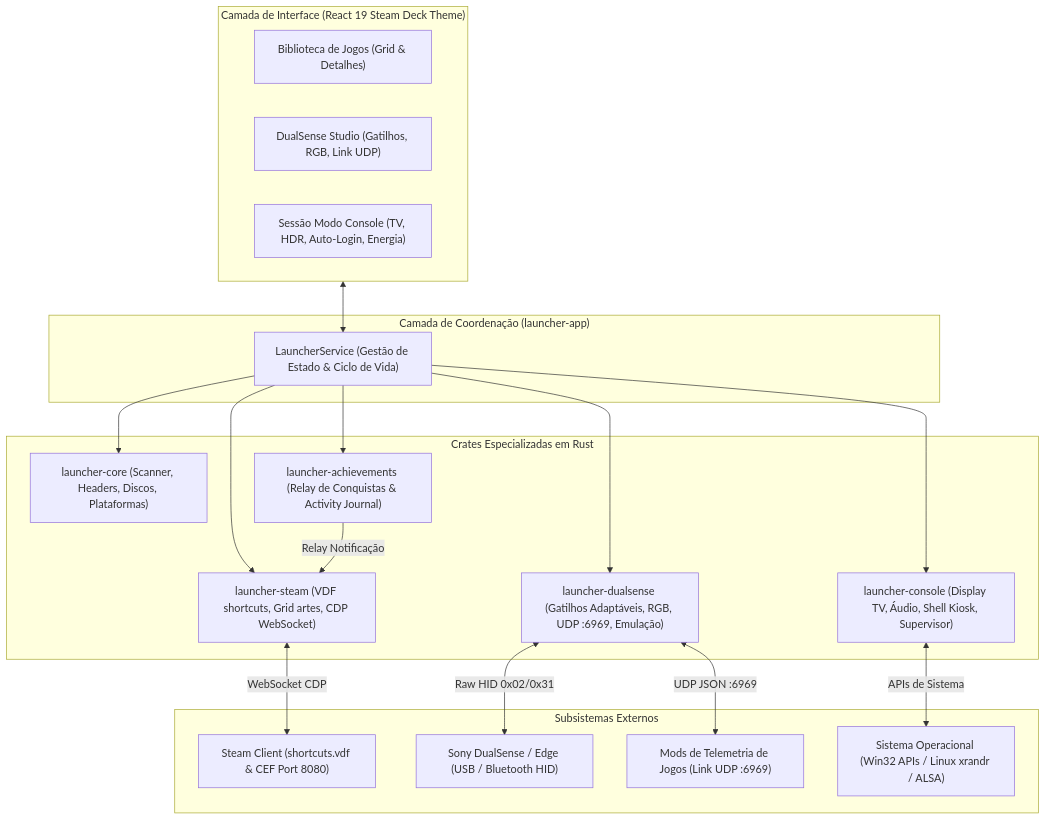
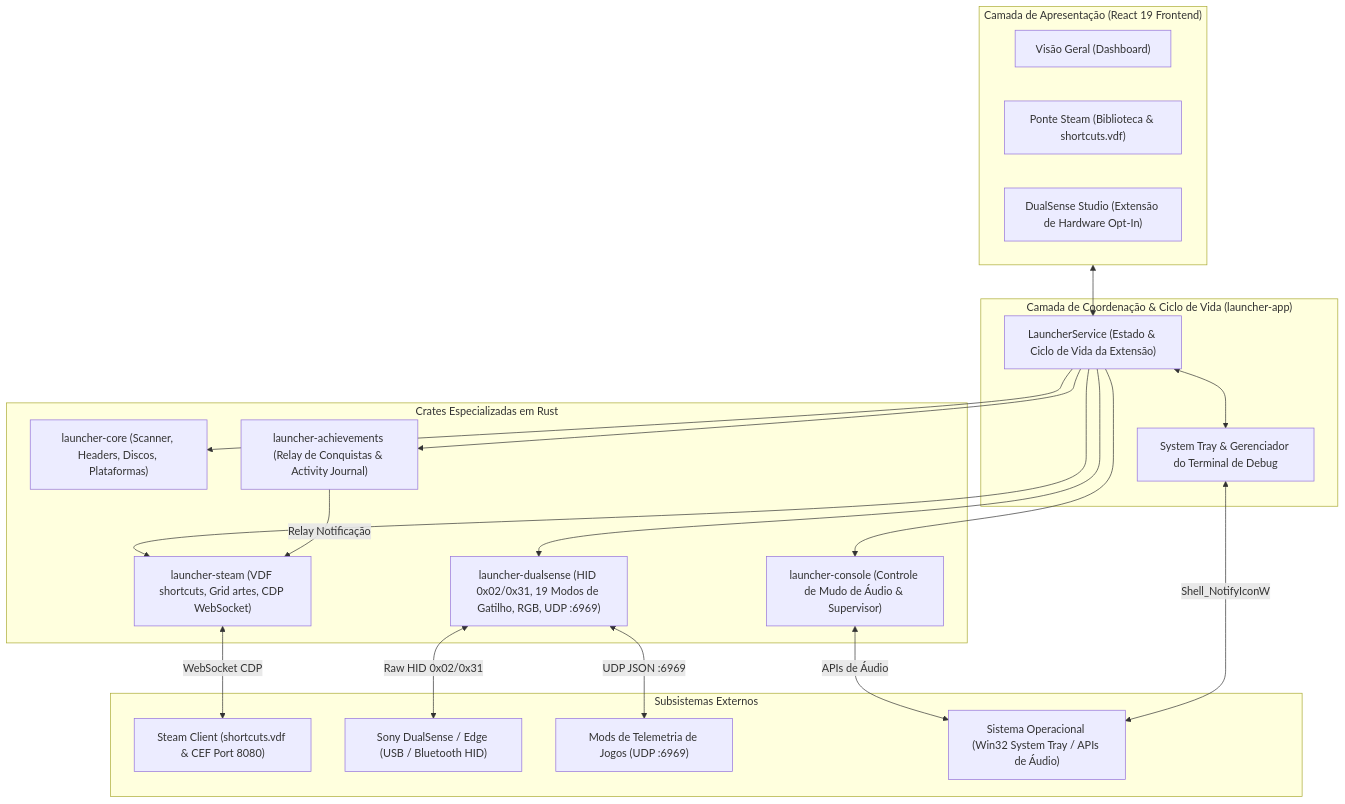
The diagram in docs/ARCHITECTURE.pt-BR.md (marcoswferreira/kame-house-launcher), drawn with Mermaid before and after one commit. The commit also changed other lines of this file and 15 other files, not shown here.

Commit message:
Remove Console Mode documentation and related ADRs; update architecture to reflect frontend changes and improved DualSense functionality.

````diff
--- a/docs/ARCHITECTURE.pt-BR.md
+++ b/docs/ARCHITECTURE.pt-BR.md
@@ -11,40 +15,43 @@
 ```mermaid
 flowchart TD
-    subgraph UI["Camada de Interface (React 19 Steam Deck Theme)"]
-        Grid["Biblioteca de Jogos (Grid & Detalhes)"]
-        DualSenseTab["DualSense Studio (Gatilhos, RGB, Link UDP)"]
-        ConsoleTab["Sessão Modo Console (TV, HDR, Auto-Login, Energia)"]
+    subgraph UI["Camada de Apresentação (React 19 Frontend)"]
+        Overview["Visão Geral (Dashboard)"]
+        SteamBridge["Ponte Steam (Biblioteca & shortcuts.vdf)"]
+        DualSenseTab["DualSense Studio (Extensão de Hardware Opt-In)"]
     end
 
-    subgraph Service["Camada de Coordenação (launcher-app)"]
-        LauncherService["LauncherService (Gestão de Estado & Ciclo de Vida)"]
+    subgraph Service["Camada de Coordenação & Ciclo de Vida (launcher-app)"]
+        LauncherService["LauncherService (Estado & Ciclo de Vida da Extensão)"]
+        TrayManager["System Tray & Gerenciador do Terminal de Debug"]
     end
 
     subgraph CoreCrates["Crates Especializadas em Rust"]
         Core["launcher-core (Scanner, Headers, Discos, Plataformas)"]
         Steam["launcher-steam (VDF shortcuts, Grid artes, CDP WebSocket)"]
         Achiev["launcher-achievements (Relay de Conquistas & Activity Journal)"]
-        DualSense["launcher-dualsense (Gatilhos Adaptáveis, RGB, UDP :6969, Emulação)"]
-        Console["launcher-console (Display TV, Áudio, Shell Kiosk, Supervisor)"]
+        DualSense["launcher-dualsense (HID 0x02/0x31, 19 Modos de Gatilho, RGB, UDP :6969)"]
+        Console["launcher-console (Controle de Mudo de Áudio & Supervisor)"]
     end
 
     subgraph External["Subsistemas Externos"]
         SteamClient["Steam Client (shortcuts.vdf & CEF Port 8080)"]
         DualSenseHardware["Sony DualSense / Edge (USB / Bluetooth HID)"]
-        GameMods["Mods de Telemetria de Jogos (Link UDP :6969)"]
-        OS["Sistema Operacional (Win32 APIs / Linux xrandr / ALSA)"]
+        GameMods["Mods de Telemetria de Jogos (UDP :6969)"]
+        OS["Sistema Operacional (Win32 System Tray / APIs de Áudio)"]
     end
 
     UI <--> LauncherService
+    LauncherService <--> TrayManager
     LauncherService --> Core
     LauncherService --> Steam
     LauncherService --> Achiev
     LauncherService --> DualSense
     LauncherService --> Console
 
     Steam <-->|"WebSocket CDP"| SteamClient
     Achiev -->|"Relay Notificação"| Steam
     DualSense <-->|"Raw HID 0x02/0x31"| DualSenseHardware
     DualSense <-->|"UDP JSON :6969"| GameMods
-    Console <-->|"APIs de Sistema"| OS
+    Console <-->|"APIs de Áudio"| OS
+    TrayManager <-->|"Shell_NotifyIconW"| OS
 ```
````
